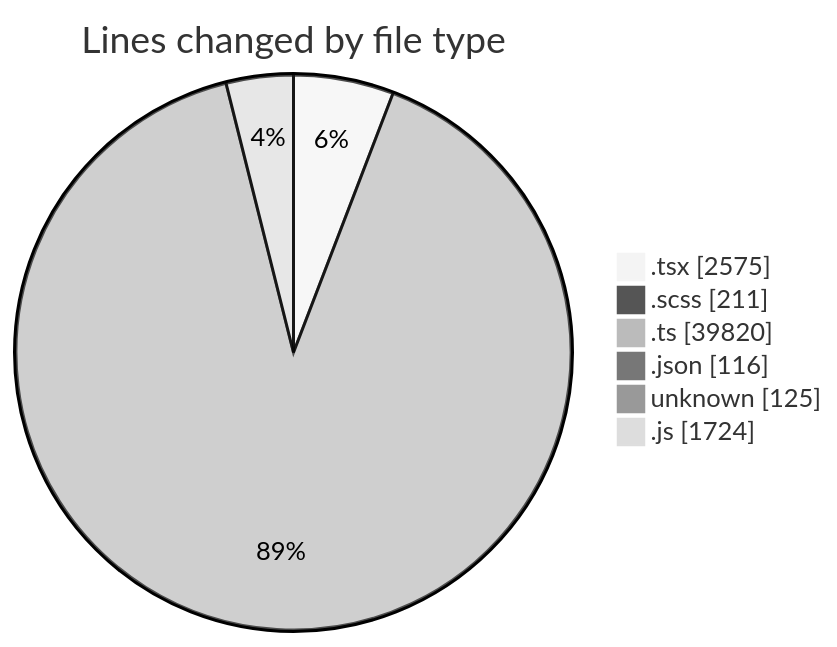
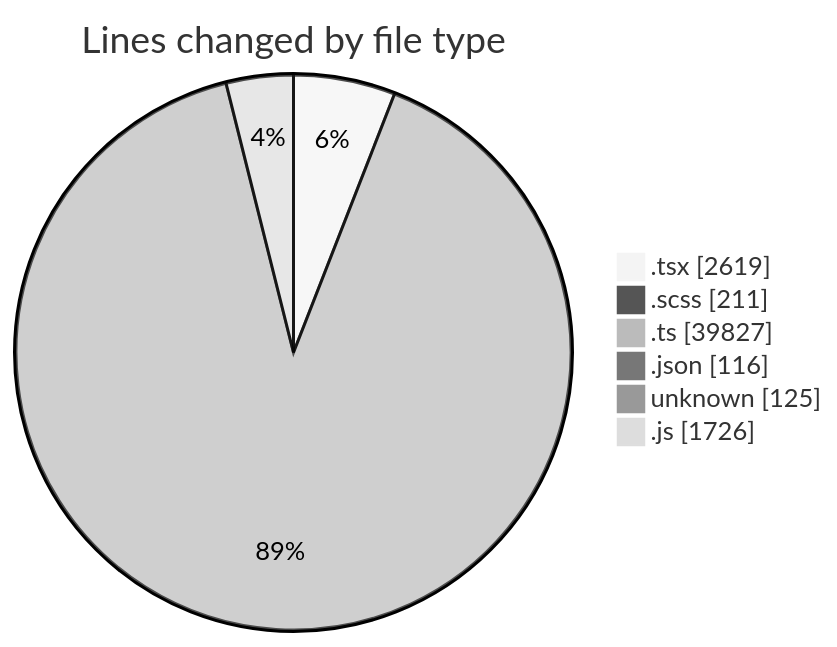
The first of 2 diagrams in 2026-09-04/cda/README.md (momahboobian/code-tracking), drawn with Mermaid (neutral theme) before and after one commit. The commit also changed other lines of this file and 1 other file, not shown here.

````diff
--- a/2026-09-04/cda/README.md
+++ b/2026-09-04/cda/README.md
@@ -75,10 +75,10 @@
 ```mermaid
 pie showData
 title Lines changed by file type
-".tsx" : 2575
+".tsx" : 2619
 ".scss" : 211
-".ts" : 39820
+".ts" : 39827
 ".json" : 116
 "unknown" : 125
-".js" : 1724
+".js" : 1726
 ```
````
